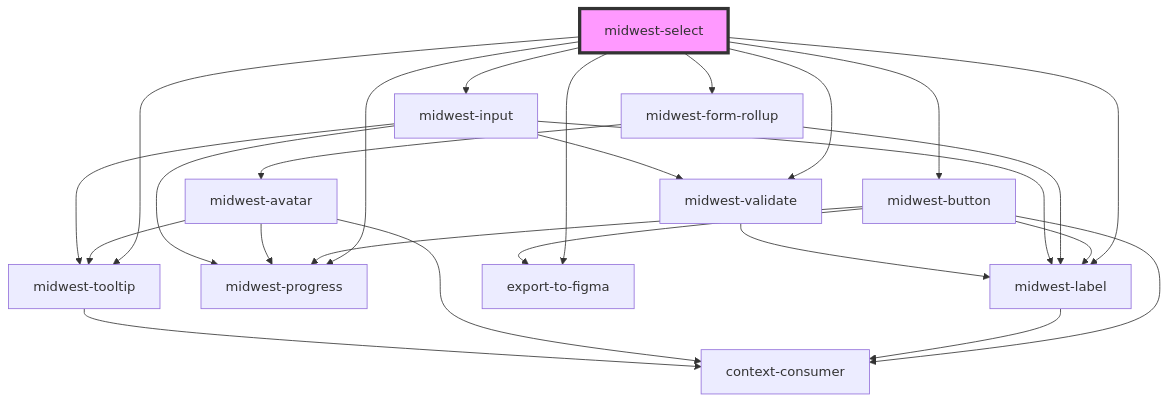
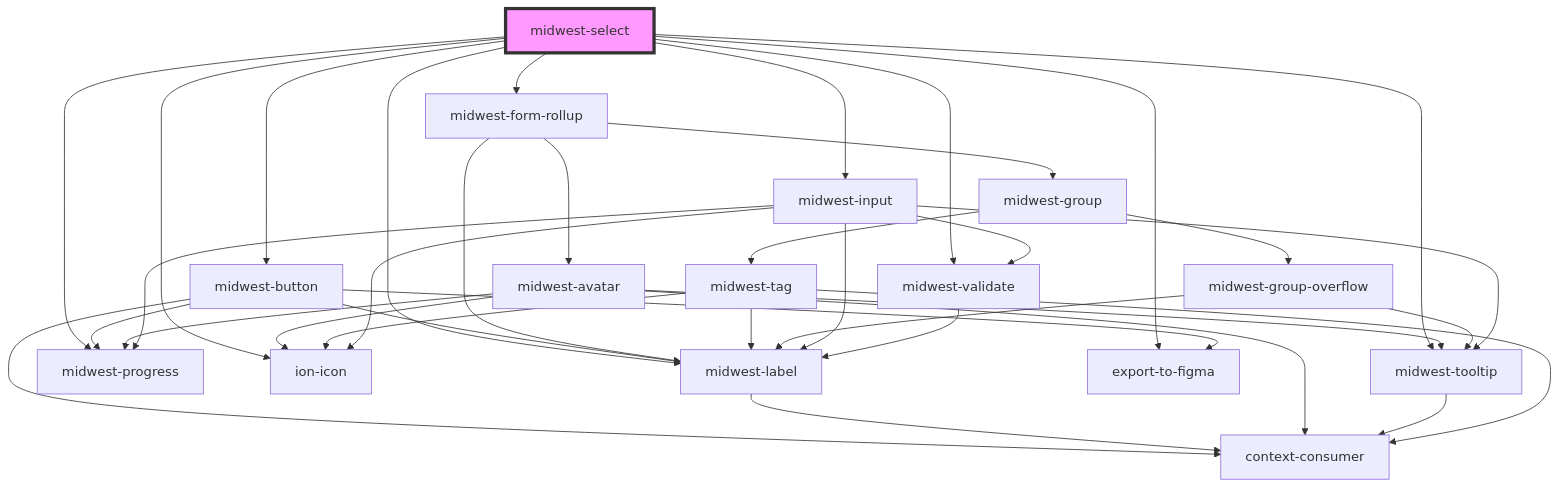
Before and after one commit to splitinfinities/Midwest: the diagram in packages/core/docs/components/forms/select/readme.md, drawn with Mermaid. The commit also changed other lines of this file and 388 other files, not shown here.

````diff
--- a/packages/core/docs/components/forms/select/readme.md
+++ b/packages/core/docs/components/forms/select/readme.md
@@ -108,28 +109,39 @@
 ```mermaid
 graph TD;
   midwest-select --> midwest-button
   midwest-select --> midwest-label
   midwest-select --> midwest-progress
   midwest-select --> midwest-form-rollup
+  midwest-select --> ion-icon
   midwest-select --> midwest-tooltip
   midwest-select --> midwest-input
   midwest-select --> midwest-validate
   midwest-select --> export-to-figma
   midwest-button --> midwest-progress
   midwest-button --> midwest-label
   midwest-button --> export-to-figma
   midwest-button --> context-consumer
   midwest-label --> context-consumer
   midwest-form-rollup --> midwest-label
   midwest-form-rollup --> midwest-avatar
+  midwest-form-rollup --> midwest-group
   midwest-avatar --> midwest-progress
+  midwest-avatar --> ion-icon
   midwest-avatar --> midwest-tooltip
   midwest-avatar --> context-consumer
   midwest-tooltip --> context-consumer
+  midwest-group --> midwest-tag
+  midwest-group --> midwest-group-overflow
+  midwest-tag --> ion-icon
+  midwest-tag --> midwest-label
+  midwest-tag --> context-consumer
+  midwest-group-overflow --> midwest-label
+  midwest-group-overflow --> midwest-tooltip
   midwest-input --> midwest-label
+  midwest-input --> ion-icon
   midwest-input --> midwest-progress
   midwest-input --> midwest-tooltip
   midwest-input --> midwest-validate
   midwest-validate --> midwest-label
   style midwest-select fill:#f9f,stroke:#333,stroke-width:4px
 ```
````
